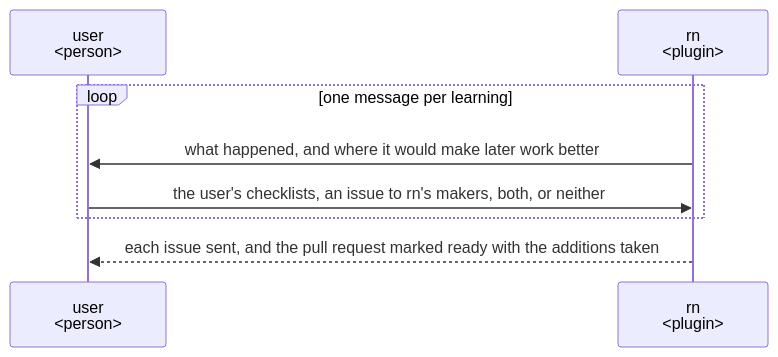
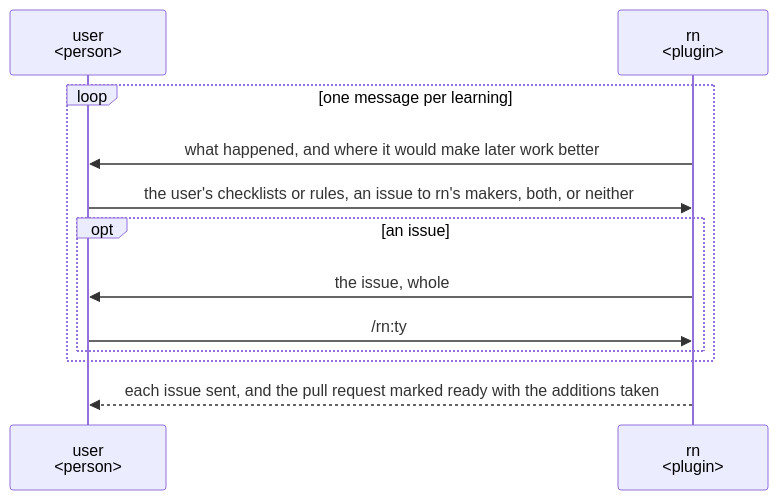
One commit to lovaizu/ccpm changed the fifth of 5 diagrams in dev/rn/ux.md. Above: the diagram before and after it, drawn with Mermaid. The commit also changed other lines of this file and 12 other files, not shown here.

````diff
--- a/dev/rn/ux.md
+++ b/dev/rn/ux.md
@@ -159,10 +159,14 @@
 ```mermaid
 sequenceDiagram
   participant U as user<br/>#lt;person#gt;
   participant R as rn<br/>#lt;plugin#gt;
   loop one message per learning
     R->>U: what happened, and where it would make later work better
-    U->>R: the user's checklists, an issue to rn's makers, both, or neither
+    U->>R: the user's checklists or rules, an issue to rn's makers, both, or neither
+    opt an issue
+      R->>U: the issue, whole
+      U->>R: /rn:ty
+    end
   end
   R-->>U: each issue sent, and the pull request marked ready with the additions taken
 ```
````
